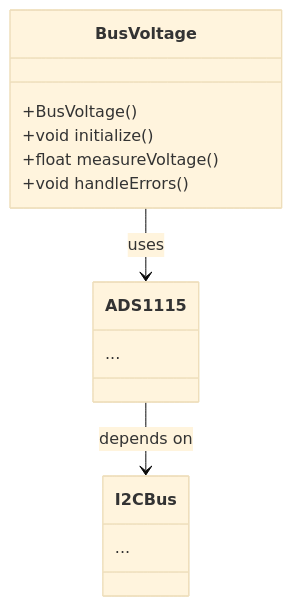
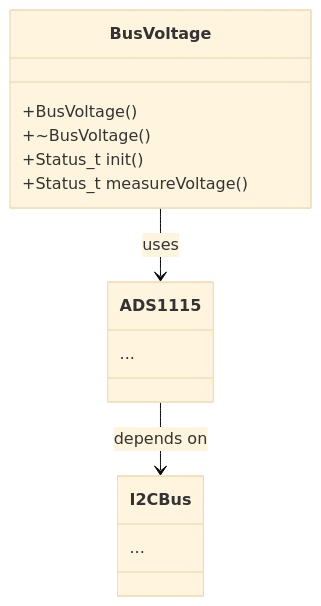
The fourth of 6 diagrams in solar_meter/Documents/AppNotes/PowerMonitor.md (hquiroz-1988/esp), drawn with Mermaid (base theme) before and after one commit. The commit also changed other lines of this file, not shown here.

Commit message:
changing bus voltage interface doc description

````diff
--- a/solar_meter/Documents/AppNotes/PowerMonitor.md
+++ b/solar_meter/Documents/AppNotes/PowerMonitor.md
@@ -167,18 +166,18 @@
 ```mermaid
 classDiagram
     class BusVoltage {
         +BusVoltage()
-        +void initialize()
-        +float measureVoltage()
-        +void handleErrors()
+        +~BusVoltage()
+        +Status_t init()
+        +Status_t measureVoltage()
     }
     class ADS1115 {
         ...
     }
     class I2CBus {
         ...
     }
 
     BusVoltage --> ADS1115 : uses
     ADS1115 --> I2CBus : depends on
 ```
````
